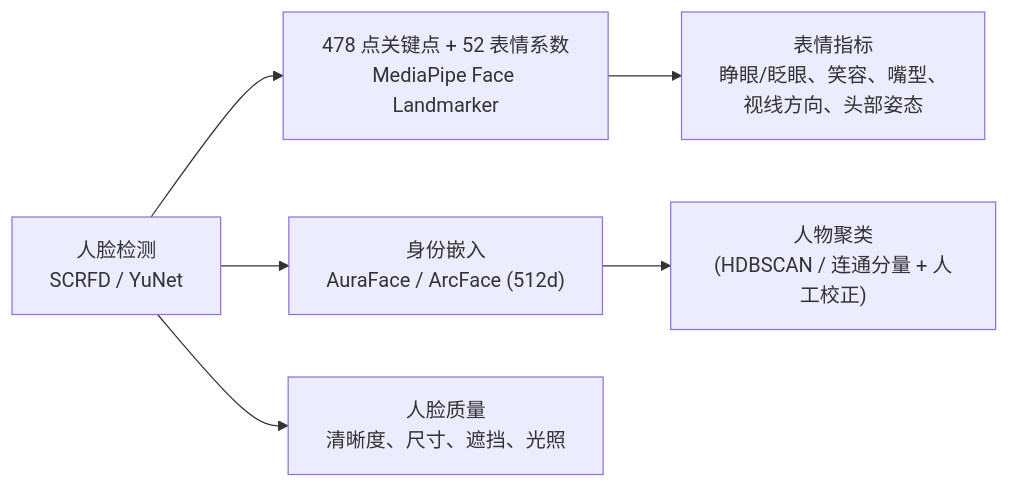
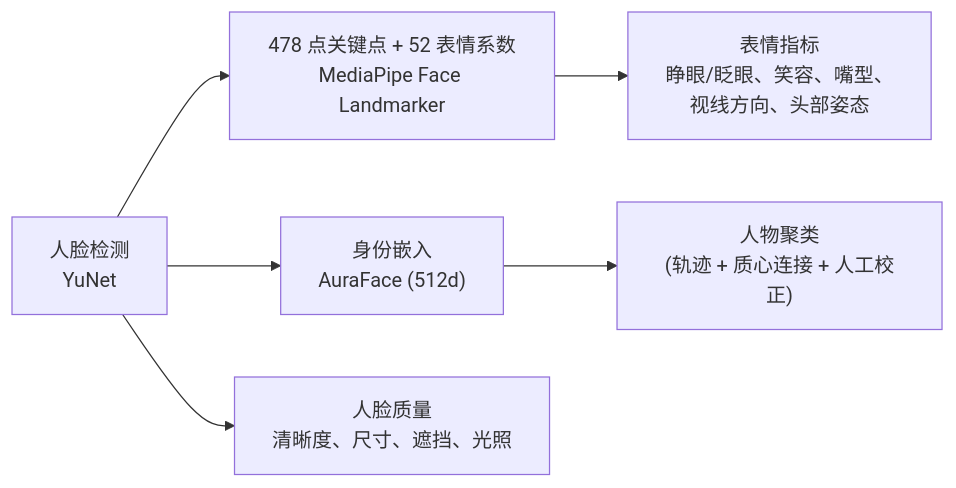
The second of 3 diagrams in docs/03-AI与算法设计.md (harveyxiacn/imagePicker), drawn with Mermaid before and after one commit. The commit also changed other lines of this file and 12 other files, not shown here.

````diff
--- a/docs/03-AI与算法设计.md
+++ b/docs/03-AI与算法设计.md
@@ -153,8 +162,8 @@
 ```mermaid
 flowchart LR
-    D["人脸检测<br/>SCRFD / YuNet"] --> L["478 点关键点 + 52 表情系数<br/>MediaPipe Face Landmarker"]
-    D --> R["身份嵌入<br/>AuraFace / ArcFace (512d)"]
+    D["人脸检测<br/>YuNet"] --> L["478 点关键点 + 52 表情系数<br/>MediaPipe Face Landmarker"]
+    D --> R["身份嵌入<br/>AuraFace (512d)"]
     L --> E["表情指标<br/>睁眼/眨眼、笑容、嘴型、<br/>视线方向、头部姿态"]
     D --> Q["人脸质量<br/>清晰度、尺寸、遮挡、光照"]
-    R --> CL["人物聚类<br/>(HDBSCAN / 连通分量 + 人工校正)"]
+    R --> CL["人物聚类<br/>(轨迹 + 质心连接 + 人工校正)"]
 ```
````
